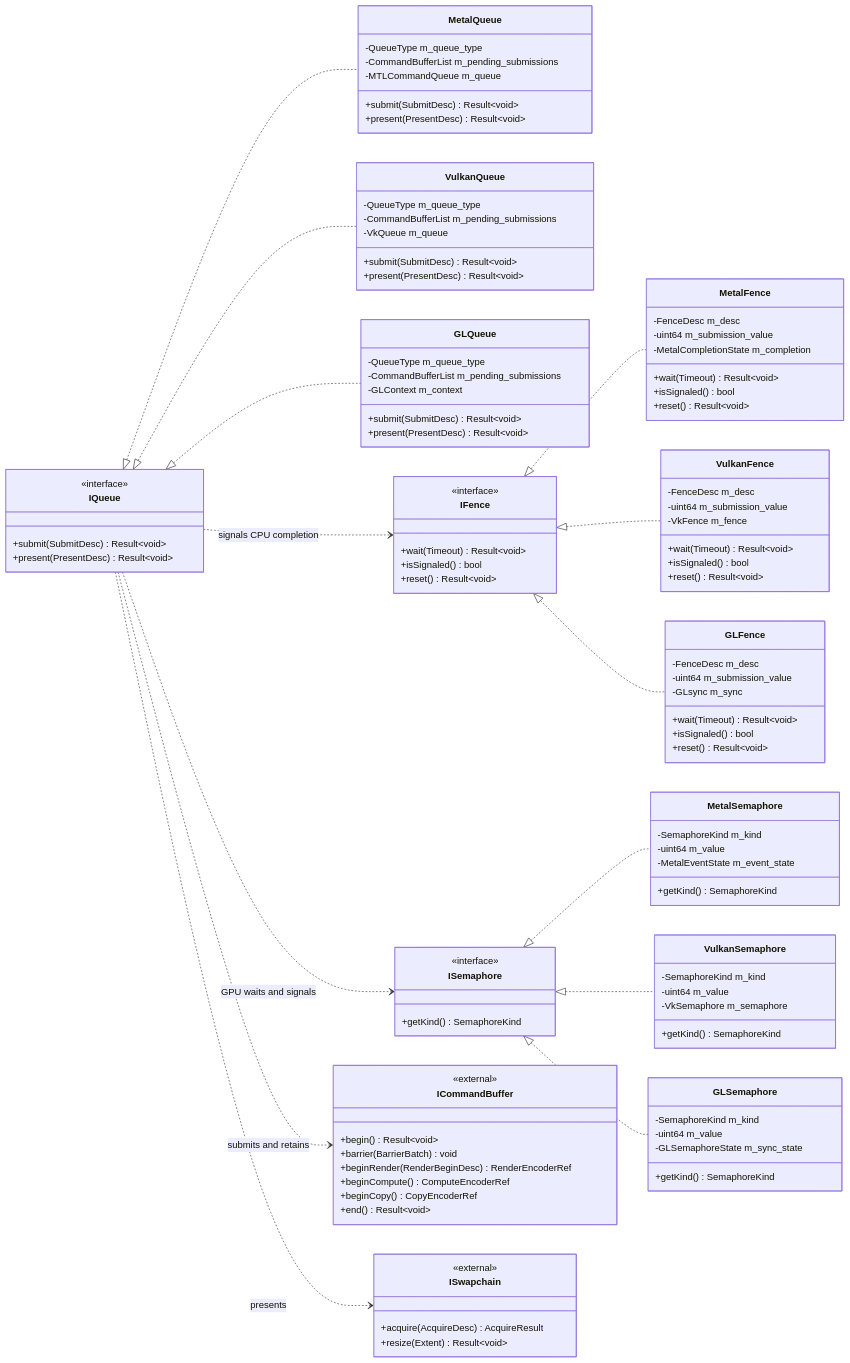
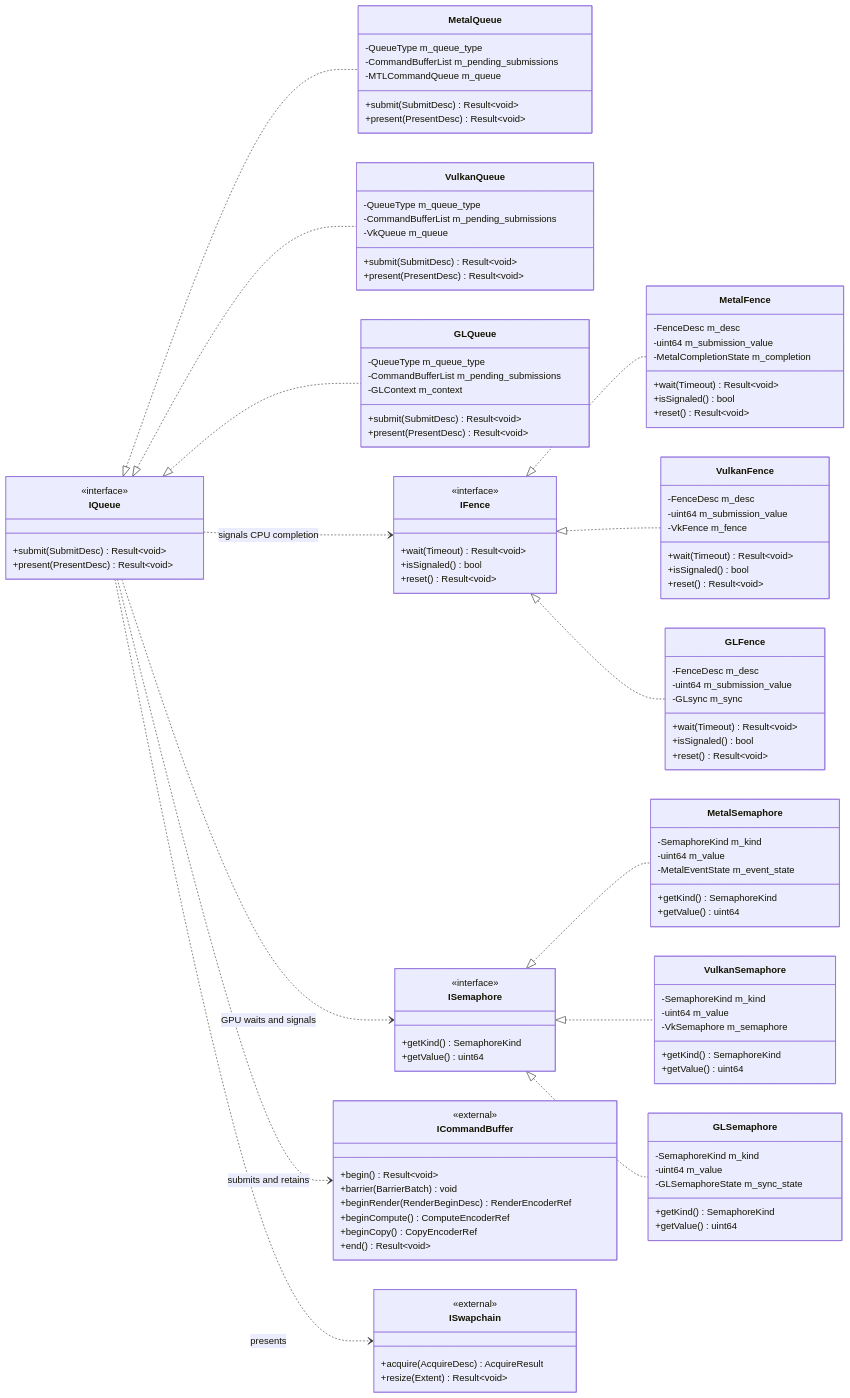
Before and after one commit to oyanymous/mango: the diagram in docs/diagrams/RHI_SUBMISSION_SYNC.mmd, drawn with Mermaid. The commit also changed 13 other files, not shown here.

```diff
--- a/docs/diagrams/RHI_SUBMISSION_SYNC.mmd
+++ b/docs/diagrams/RHI_SUBMISSION_SYNC.mmd
@@ -1,111 +1,115 @@
 classDiagram
     direction LR
     %% Proposed design, not source-verified. Native type names are conceptual.
     %% Interfaces declare behavior; concrete backend classes hold implementation state.
     %% Queue submission and synchronization
     %% External references mirror the public APIs in their owning RHI files.
     class IQueue {
         <<interface>>
         +submit(SubmitDesc) Result~void~
         +present(PresentDesc) Result~void~
     }
     class MetalQueue {
         -QueueType m_queue_type
         -CommandBufferList m_pending_submissions
         -MTLCommandQueue m_queue
         +submit(SubmitDesc) Result~void~
         +present(PresentDesc) Result~void~
     }
     class VulkanQueue {
         -QueueType m_queue_type
         -CommandBufferList m_pending_submissions
         -VkQueue m_queue
         +submit(SubmitDesc) Result~void~
         +present(PresentDesc) Result~void~
     }
     class GLQueue {
         -QueueType m_queue_type
         -CommandBufferList m_pending_submissions
         -GLContext m_context
         +submit(SubmitDesc) Result~void~
         +present(PresentDesc) Result~void~
     }
     class IFence {
         <<interface>>
         +wait(Timeout) Result~void~
         +isSignaled() bool
         +reset() Result~void~
     }
     class MetalFence {
         -FenceDesc m_desc
         -uint64 m_submission_value
         -MetalCompletionState m_completion
         +wait(Timeout) Result~void~
         +isSignaled() bool
         +reset() Result~void~
     }
     class VulkanFence {
         -FenceDesc m_desc
         -uint64 m_submission_value
         -VkFence m_fence
         +wait(Timeout) Result~void~
         +isSignaled() bool
         +reset() Result~void~
     }
     class GLFence {
         -FenceDesc m_desc
         -uint64 m_submission_value
         -GLsync m_sync
         +wait(Timeout) Result~void~
         +isSignaled() bool
         +reset() Result~void~
     }
     class ISemaphore {
         <<interface>>
         +getKind() SemaphoreKind
+        +getValue() uint64
     }
     class MetalSemaphore {
         -SemaphoreKind m_kind
         -uint64 m_value
         -MetalEventState m_event_state
         +getKind() SemaphoreKind
+        +getValue() uint64
     }
     class VulkanSemaphore {
         -SemaphoreKind m_kind
         -uint64 m_value
         -VkSemaphore m_semaphore
         +getKind() SemaphoreKind
+        +getValue() uint64
     }
     class GLSemaphore {
         -SemaphoreKind m_kind
         -uint64 m_value
         -GLSemaphoreState m_sync_state
         +getKind() SemaphoreKind
+        +getValue() uint64
     }
     class ICommandBuffer {
         <<external>>
         +begin() Result~void~
         +barrier(BarrierBatch) void
         +beginRender(RenderBeginDesc) RenderEncoderRef
         +beginCompute() ComputeEncoderRef
         +beginCopy() CopyEncoderRef
         +end() Result~void~
     }
     class ISwapchain {
         <<external>>
         +acquire(AcquireDesc) AcquireResult
         +resize(Extent) Result~void~
     }
     IQueue <|.. MetalQueue
     IQueue <|.. VulkanQueue
     IQueue <|.. GLQueue
     IFence <|.. MetalFence
     IFence <|.. VulkanFence
     IFence <|.. GLFence
     ISemaphore <|.. MetalSemaphore
     ISemaphore <|.. VulkanSemaphore
     ISemaphore <|.. GLSemaphore
     IQueue ..> ICommandBuffer : submits and retains
     IQueue ..> IFence : signals CPU completion
     IQueue ..> ISemaphore : GPU waits and signals
     IQueue ..> ISwapchain : presents
```
